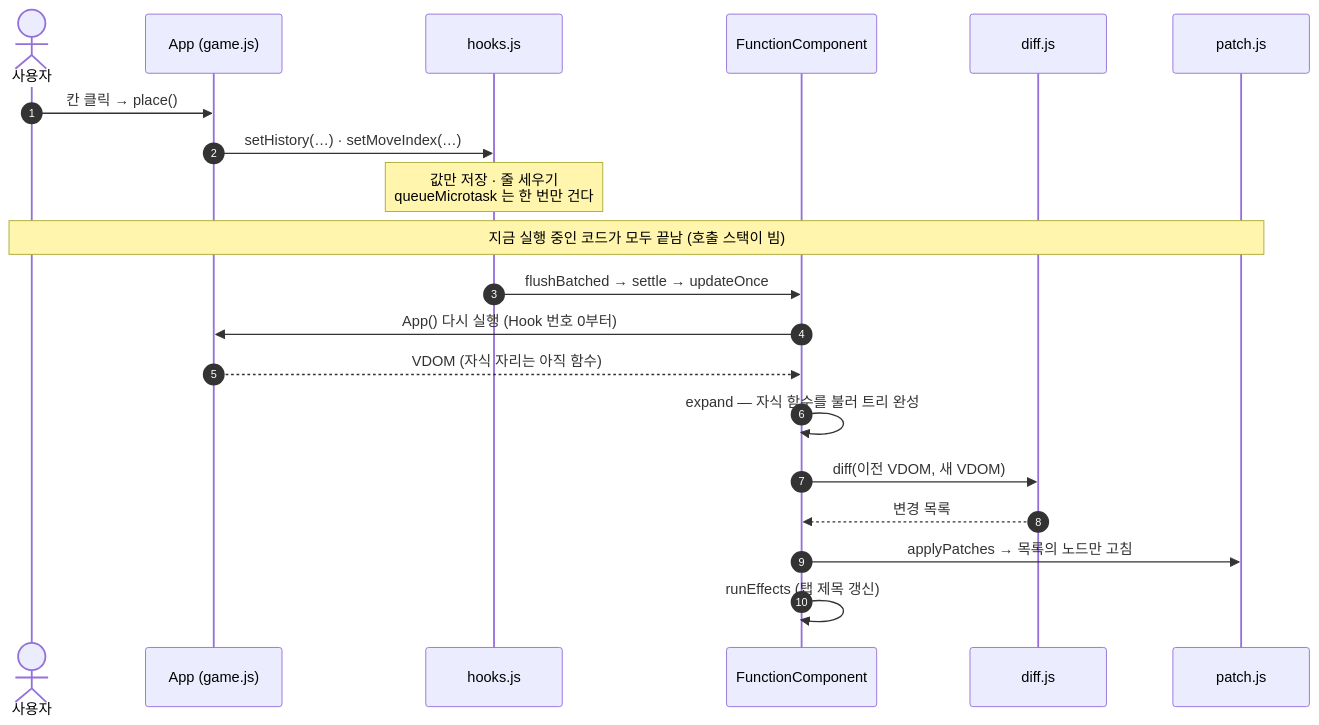
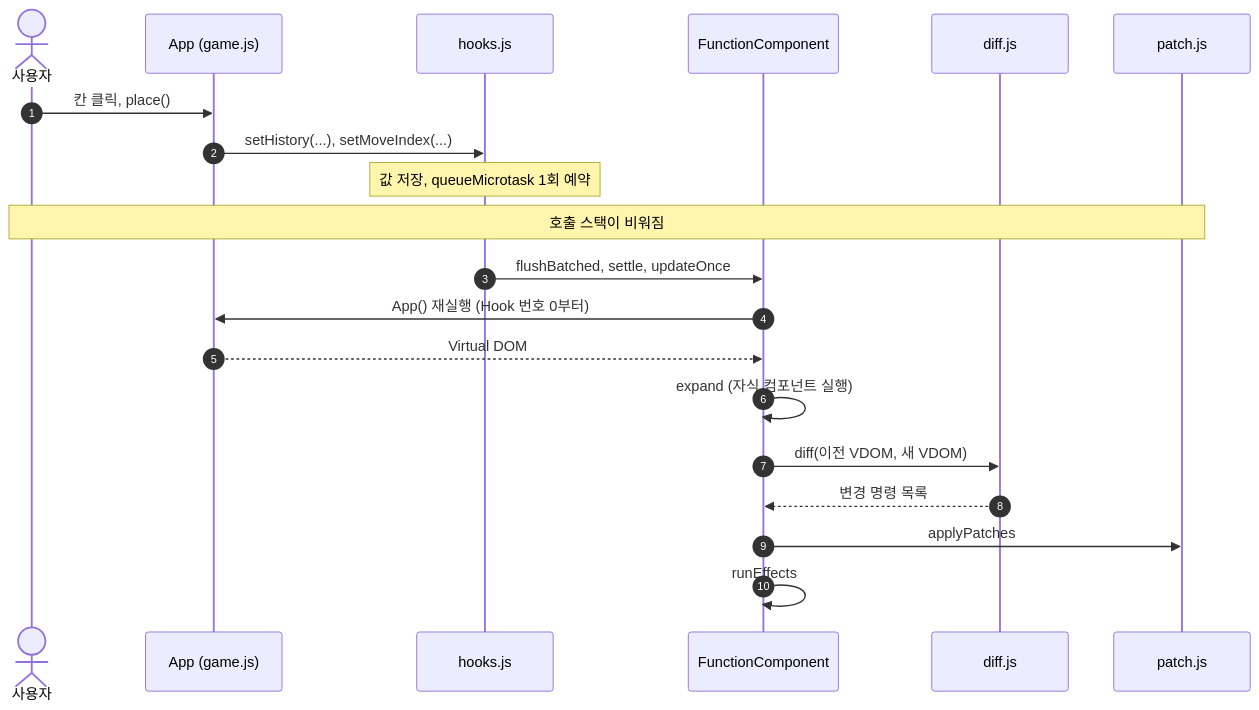
One commit to Jongeume/mini-react changed the second of 2 diagrams in README.md. Above: the diagram before and after it, drawn with Mermaid. The commit also changed other lines of this file and 1 other file, not shown here.

````diff
--- a/README.md
+++ b/README.md
@@ -76,23 +121,23 @@
 ```mermaid
 sequenceDiagram
   autonumber
   actor U as 사용자
   participant G as App (game.js)
   participant H as hooks.js
   participant C as FunctionComponent
   participant D as diff.js
   participant P as patch.js
 
-  U->>G: 칸 클릭 → place()
-  G->>H: setHistory(…) · setMoveIndex(…)
-  Note over H: 값만 저장 · 줄 세우기<br/>queueMicrotask 는 한 번만 건다
-  Note over U,P: 지금 실행 중인 코드가 모두 끝남 (호출 스택이 빔)
-  H->>C: flushBatched → settle → updateOnce
-  C->>G: App() 다시 실행 (Hook 번호 0부터)
-  G-->>C: VDOM (자식 자리는 아직 함수)
-  C->>C: expand — 자식 함수를 불러 트리 완성
+  U->>G: 칸 클릭, place()
+  G->>H: setHistory(...), setMoveIndex(...)
+  Note over H: 값 저장, queueMicrotask 1회 예약
+  Note over U,P: 호출 스택이 비워짐
+  H->>C: flushBatched, settle, updateOnce
+  C->>G: App() 재실행 (Hook 번호 0부터)
+  G-->>C: Virtual DOM
+  C->>C: expand (자식 컴포넌트 실행)
   C->>D: diff(이전 VDOM, 새 VDOM)
-  D-->>C: 변경 목록
-  C->>P: applyPatches → 목록의 노드만 고침
-  C->>C: runEffects (탭 제목 갱신)
+  D-->>C: 변경 명령 목록
+  C->>P: applyPatches
+  C->>C: runEffects
 ```
````
